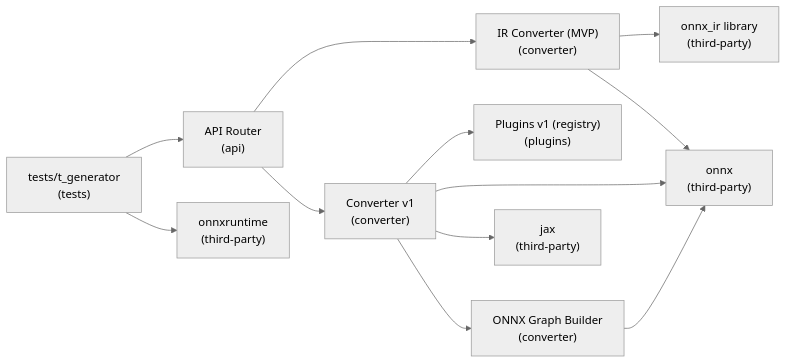
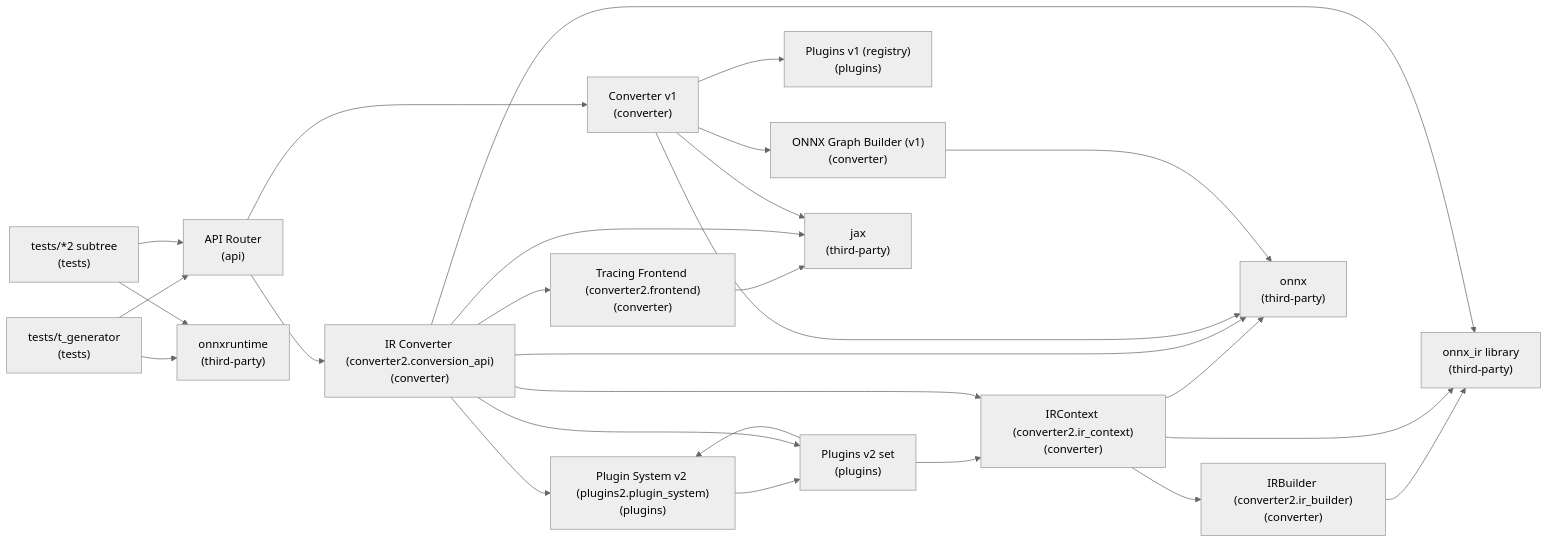
One commit to enpasos/jax2onnx changed the diagram in docs/architecture/_build/arch_overview.md. Above: the diagram before and after it, drawn with Mermaid (neutral theme). The commit also changed other lines of this file and 10 other files, not shown here.

Commit message:
architecture overview

````diff
--- a/docs/architecture/_build/arch_overview.md
+++ b/docs/architecture/_build/arch_overview.md
@@ -19,34 +25,61 @@
 ```mermaid
 flowchart LR
     ui["API Router
 (api)"]
-    converter2["IR Converter (MVP)
+    frontend2["Tracing Frontend (converter2.frontend)
 (converter)"]
-    onnx_ir["onnx_ir library
-(third-party)"]
-    onnx["onnx
-(third-party)"]
+    ir_builder2["IRBuilder (converter2.ir_builder)
+(converter)"]
+    ir_context["IRContext (converter2.ir_context)
+(converter)"]
+    plugin_system2["Plugin System v2 (plugins2.plugin_system)
+(plugins)"]
+    plugins2["Plugins v2 set
+(plugins)"]
+    converter2["IR Converter (converter2.conversion_api)
+(converter)"]
     converter["Converter v1
 (converter)"]
     plugins["Plugins v1 (registry)
 (plugins)"]
-    builder["ONNX Graph Builder
+    builder["ONNX Graph Builder (v1)
 (converter)"]
     jax["jax
+(third-party)"]
+    onnx_ir["onnx_ir library
+(third-party)"]
+    onnx["onnx
 (third-party)"]
     onnxruntime["onnxruntime
 (third-party)"]
     tests["tests/t_generator
 (tests)"]
+    tests2["tests/*2 subtree
+(tests)"]
     ui --> converter2
     ui --> converter
+    frontend2 --> jax
+    ir_builder2 --> onnx_ir
+    ir_context --> ir_builder2
+    ir_context --> onnx_ir
+    ir_context --> onnx
+    plugin_system2 --> plugins2
+    plugins2 --> plugin_system2
+    plugins2 --> ir_context
+    converter2 --> frontend2
+    converter2 --> plugin_system2
+    converter2 --> plugins2
+    converter2 --> ir_context
     converter2 --> onnx_ir
     converter2 --> onnx
+    converter2 --> jax
     converter --> jax
     converter --> plugins
     converter --> builder
     converter --> onnx
     builder --> onnx
     tests --> ui
     tests --> onnxruntime
+    tests2 --> ui
+    tests2 --> onnxruntime
 ```
````
